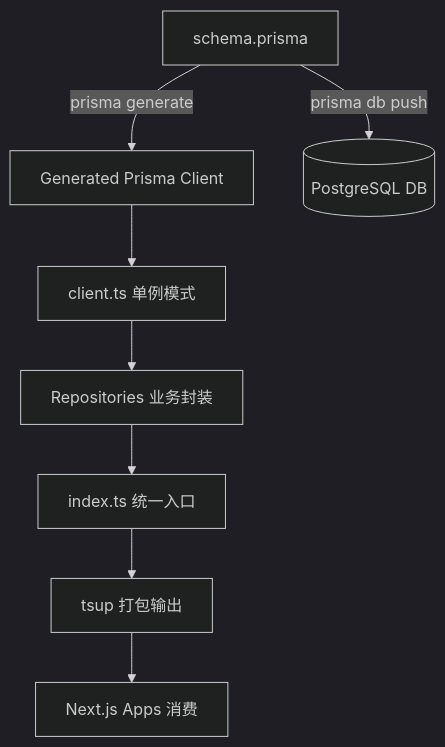
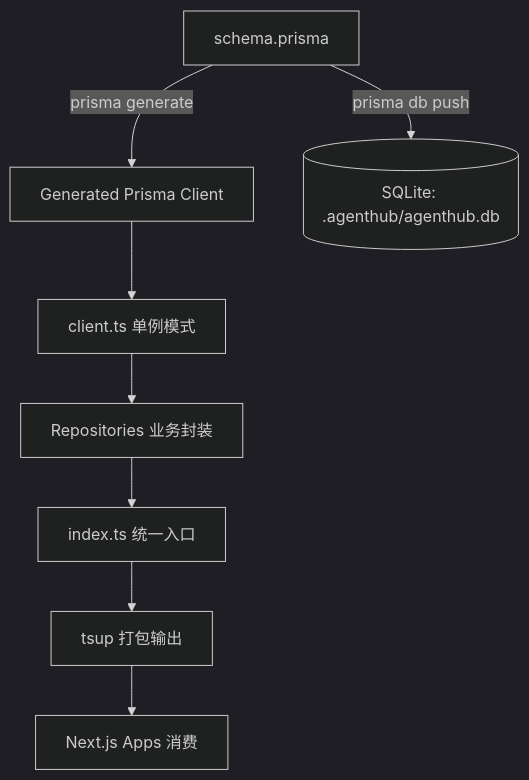
Before and after one commit to wzw-66/AgentHub: the diagram in docs/architecture/Prisma与DB初始化流程.md, drawn with Mermaid (dark theme). The commit also changed other lines of this file and 3 other files, not shown here.

First line of the commit message:
docs: add PostgreSQL -> SQLite 迁移设计文档并更新相关说明

````diff
--- a/docs/architecture/Prisma与DB初始化流程.md
+++ b/docs/architecture/Prisma与DB初始化流程.md
@@ -56,10 +88,10 @@
 ```mermaid
 graph TD
     A[schema.prisma] -->|prisma generate| B[Generated Prisma Client]
-    A -->|prisma db push| C[(PostgreSQL DB)]
+    A -->|prisma db push| C[(SQLite: .agenthub/agenthub.db)]
     B --> D[client.ts 单例模式]
     D --> E[Repositories 业务封装]
     E --> F[index.ts 统一入口]
     F --> G[tsup 打包输出]
     G --> H[Next.js Apps 消费]
 ```
````
